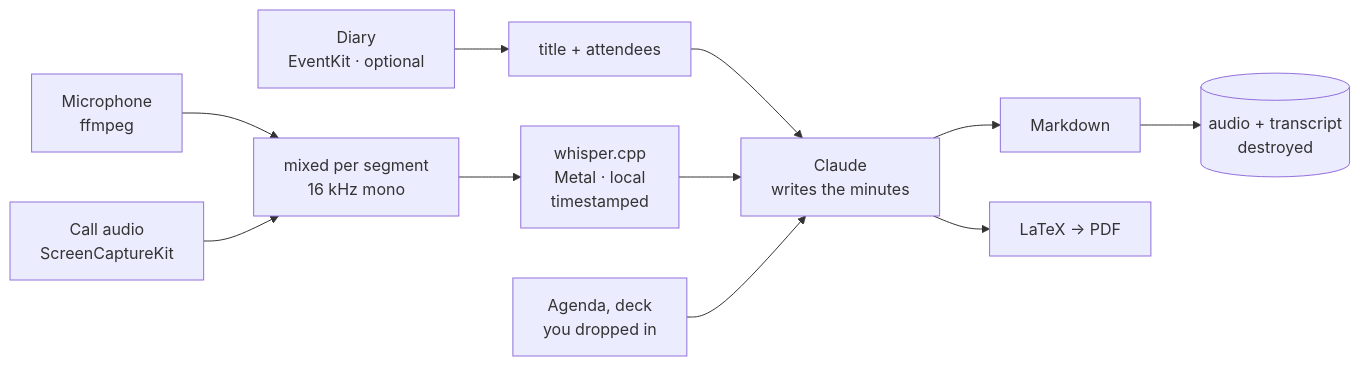
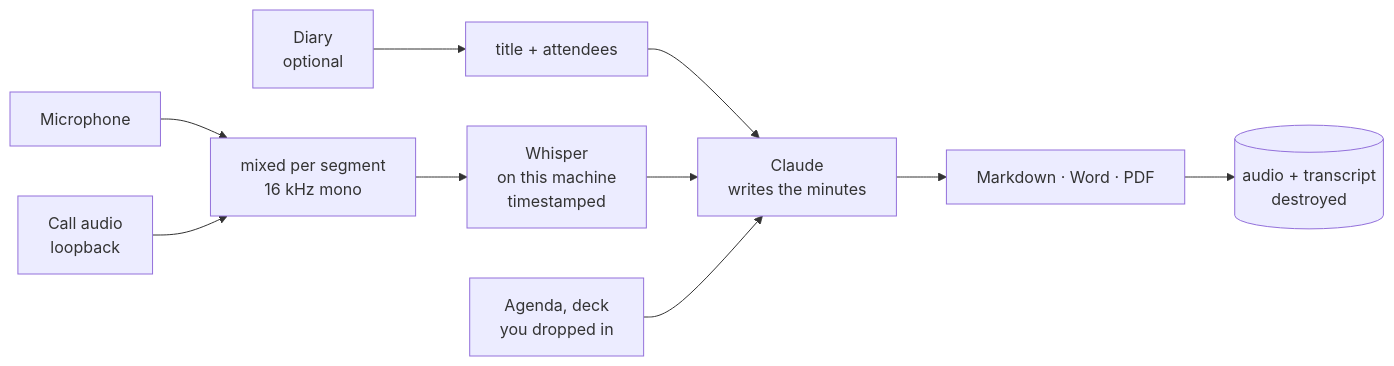
Before and after one commit to Manceff/mispy: the diagram in README.md, drawn with Mermaid. The commit also changed other lines of this file and 20 other files, not shown here.

````diff
--- a/README.md
+++ b/README.md
@@ -278,13 +343,12 @@
 ```mermaid
 flowchart LR
-    MIC[Microphone<br/>ffmpeg] --> MIX[mixed per segment<br/>16 kHz mono]
-    SYS[Call audio<br/>ScreenCaptureKit] --> MIX
-    CAL[Diary<br/>EventKit · optional] --> META[title + attendees]
-    MIX --> WH[whisper.cpp<br/>Metal · local<br/>timestamped]
+    MIC[Microphone] --> MIX[mixed per segment<br/>16 kHz mono]
+    SYS[Call audio<br/>loopback] --> MIX
+    CAL[Diary<br/>optional] --> META[title + attendees]
+    MIX --> WH[Whisper<br/>on this machine<br/>timestamped]
     META --> CL
     WH --> CL[Claude<br/>writes the minutes]
     DOC[Agenda, deck<br/>you dropped in] --> CL
-    CL --> MD[Markdown]
-    CL --> PDF[LaTeX → PDF]
+    CL --> MD[Markdown · Word · PDF]
     MD --> SHRED[(audio + transcript<br/>destroyed)]
 ```
````
